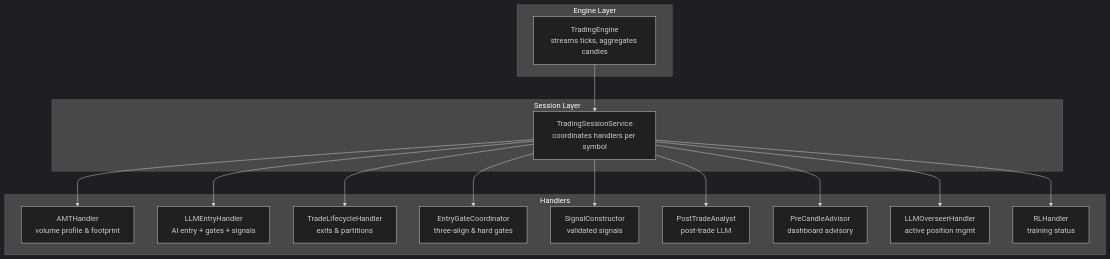
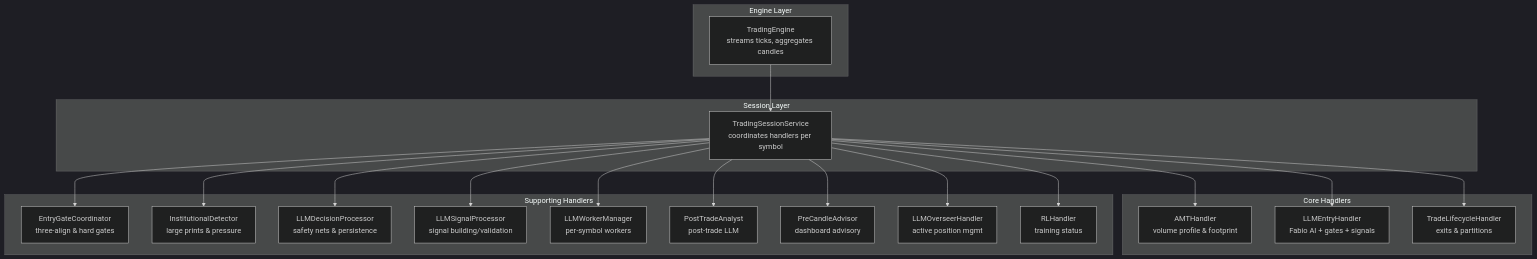
One commit to gemrajkhatry-maker/v5-of-glassytrade-ai changed the first of 14 diagrams in .qoder/repowiki/en/content/Backend Application/Application Handlers/Application Handlers.md. Above: the diagram before and after it, drawn with Mermaid (dark theme). The commit also changed other lines of this file and 219 other files, not shown here.

First line of the commit message:
refactor: major architecture improvements across backend, backendv2, brokers, and frontend

````diff
--- a/.qoder/repowiki/en/content/Backend Application/Application Handlers/Application Handlers.md
+++ b/.qoder/repowiki/en/content/Backend Application/Application Handlers/Application Handlers.md
@@ -47,30 +64,38 @@
 ```mermaid
 graph TB
 subgraph "Engine Layer"
 E["TradingEngine<br/>streams ticks, aggregates candles"]
 end
 subgraph "Session Layer"
 S["TradingSessionService<br/>coordinates handlers per symbol"]
 end
-subgraph "Handlers"
+subgraph "Core Handlers"
 H1["AMTHandler<br/>volume profile & footprint"]
-H2["LLMEntryHandler<br/>AI entry + gates + signals"]
+H2["LLMEntryHandler<br/>Fabio AI + gates + signals"]
 H3["TradeLifecycleHandler<br/>exits & partitions"]
+end
+subgraph "Supporting Handlers"
 H4["EntryGateCoordinator<br/>three-align & hard gates"]
-H5["SignalConstructor<br/>validated signals"]
-H6["PostTradeAnalyst<br/>post-trade LLM"]
-H7["PreCandleAdvisor<br/>dashboard advisory"]
-H8["LLMOverseerHandler<br/>active position mgmt"]
-H9["RLHandler<br/>training status"]
+H5["InstitutionalDetector<br/>large prints & pressure"]
+H6["LLMDecisionProcessor<br/>safety nets & persistence"]
+H7["LLMSignalProcessor<br/>signal building/validation"]
+H8["LLMWorkerManager<br/>per-symbol workers"]
+H9["PostTradeAnalyst<br/>post-trade LLM"]
+H10["PreCandleAdvisor<br/>dashboard advisory"]
+H11["LLMOverseerHandler<br/>active position mgmt"]
+H12["RLHandler<br/>training status"]
 end
 E --> S
 S --> H1
 S --> H2
 S --> H3
 S --> H4
 S --> H5
 S --> H6
 S --> H7
 S --> H8
 S --> H9
+S --> H10
+S --> H11
+S --> H12
 ```
````
